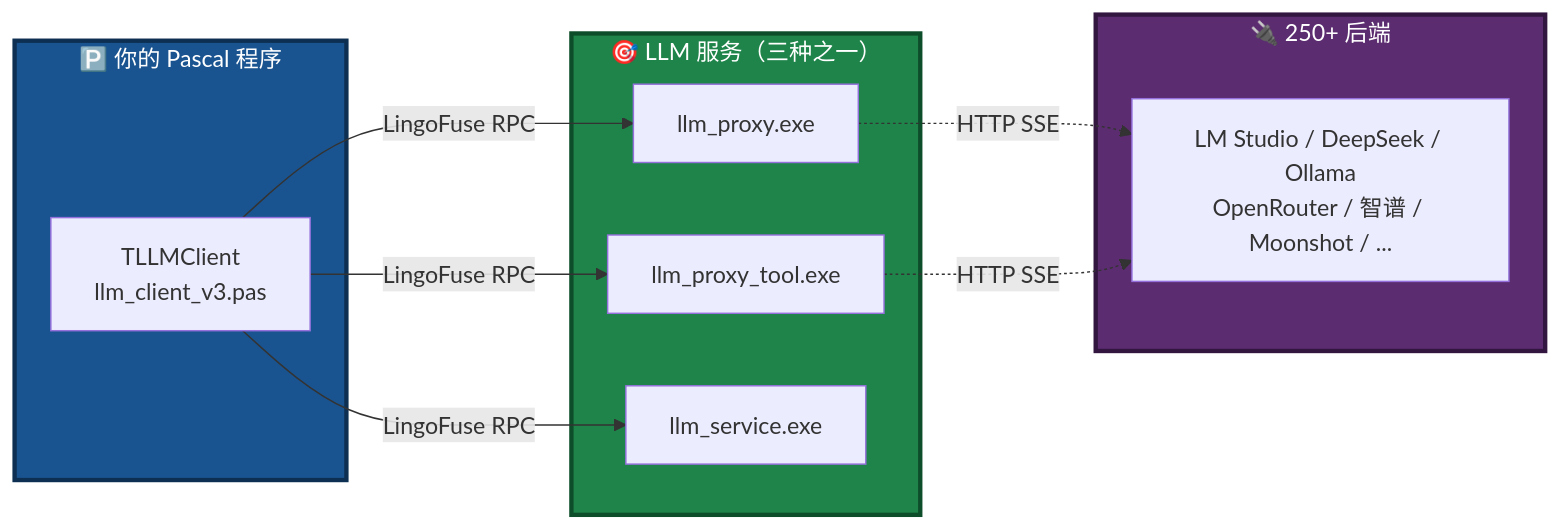
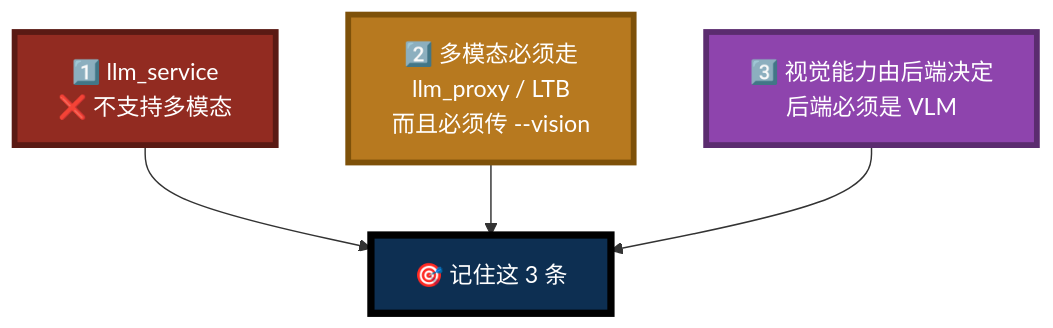
One commit to PassByYou888/LingoFuse-pasAgent-v3 changed the third of 12 diagrams in Pascal_Integration_Guide.md. Above: the diagram before and after it, drawn with Mermaid. The commit also changed other lines of this file, not shown here.

````diff
--- a/Pascal_Integration_Guide.md
+++ b/Pascal_Integration_Guide.md
@@ -201,26 +88,15 @@
 ```mermaid
-flowchart LR
-    subgraph Pascal["🅿️ 你的 Pascal 程序"]
-        C["TLLMClient<br/>llm_client_v3.pas"]
-    end
+flowchart TB
+    B1["1️⃣ llm_service<br/>❌ 不支持多模态"]
+    B2["2️⃣ 多模态必须走<br/>llm_proxy / LTB<br/>而且必须传 --vision"]
+    B3["3️⃣ 视觉能力由后端决定<br/>后端必须是 VLM"]
 
-    subgraph Server["🎯 LLM 服务（三种之一）"]
-        S1["llm_proxy.exe"]
-        S2["llm_proxy_tool.exe"]
-        S3["llm_service.exe"]
-    end
+    B1 --> IMPL["🎯 记住这 3 条"]
+    B2 --> IMPL
+    B3 --> IMPL
 
-    subgraph Backend["🔌 250+ 后端"]
-        B1["LM Studio / DeepSeek / Ollama<br/>OpenRouter / 智谱 / Moonshot / ..."]
-    end
-
-    C -->|"LingoFuse RPC"| S1
-    C -->|"LingoFuse RPC"| S2
-    C -->|"LingoFuse RPC"| S3
-    S1 -.->|"HTTP SSE"| B1
-    S2 -.->|"HTTP SSE"| B1
-
-    style Pascal fill:#1A5490,stroke:#0D2F52,stroke-width:3px,color:#FFFFFF
-    style Server fill:#1E8449,stroke:#0E4D2A,stroke-width:3px,color:#FFFFFF
-    style Backend fill:#5B2C6F,stroke:#321640,stroke-width:3px,color:#FFFFFF
+    style B1 fill:#922B21,stroke:#5A1A14,stroke-width:4px,color:#FFFFFF
+    style B2 fill:#B7791F,stroke:#7E5109,stroke-width:4px,color:#FFFFFF
+    style B3 fill:#8E44AD,stroke:#5B2C6F,stroke-width:4px,color:#FFFFFF
+    style IMPL fill:#0D2F52,stroke:#000000,stroke-width:5px,color:#FFFFFF
 ```
````
